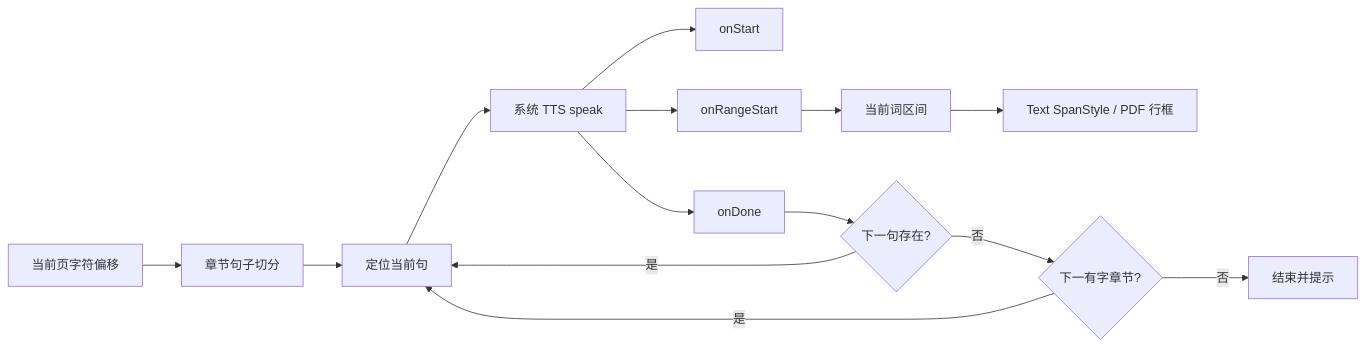
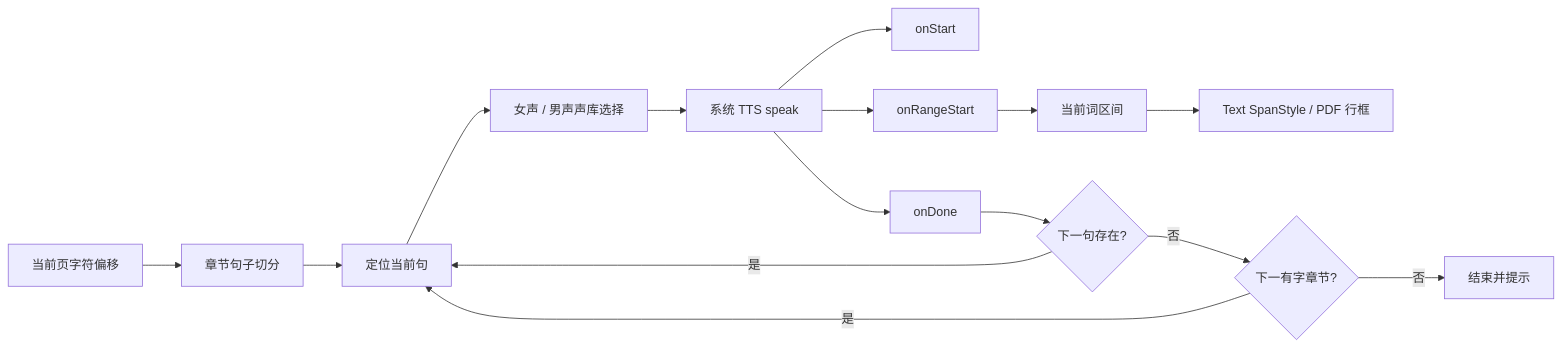
Before and after one commit to toyosatomimi98/audiobook-lite: the fourth of 6 diagrams in docs/v1/02-execution-pipeline.md, drawn with Mermaid. The commit also changed other lines of this file and 14 other files, not shown here.

````diff
--- a/docs/v1/02-execution-pipeline.md
+++ b/docs/v1/02-execution-pipeline.md
@@ -113,16 +113,17 @@
 ```mermaid
 flowchart LR
     Visible[当前页字符偏移] --> Tokenize[章节句子切分]
     Tokenize --> Queue[定位当前句]
-    Queue --> Speak[系统 TTS speak]
+    Queue --> Voice[女声 / 男声声库选择]
+    Voice --> Speak[系统 TTS speak]
     Speak --> Start[onStart]
     Speak --> Range[onRangeStart]
     Speak --> Done[onDone]
     Range --> Word[当前词区间]
     Word --> ComposeHighlight[Text SpanStyle / PDF 行框]
     Done --> Next{下一句存在?}
     Next -->|是| Queue
     Next -->|否| NextChapter{下一有字章节?}
     NextChapter -->|是| Queue
     NextChapter -->|否| Finished[结束并提示]
 ```
````
